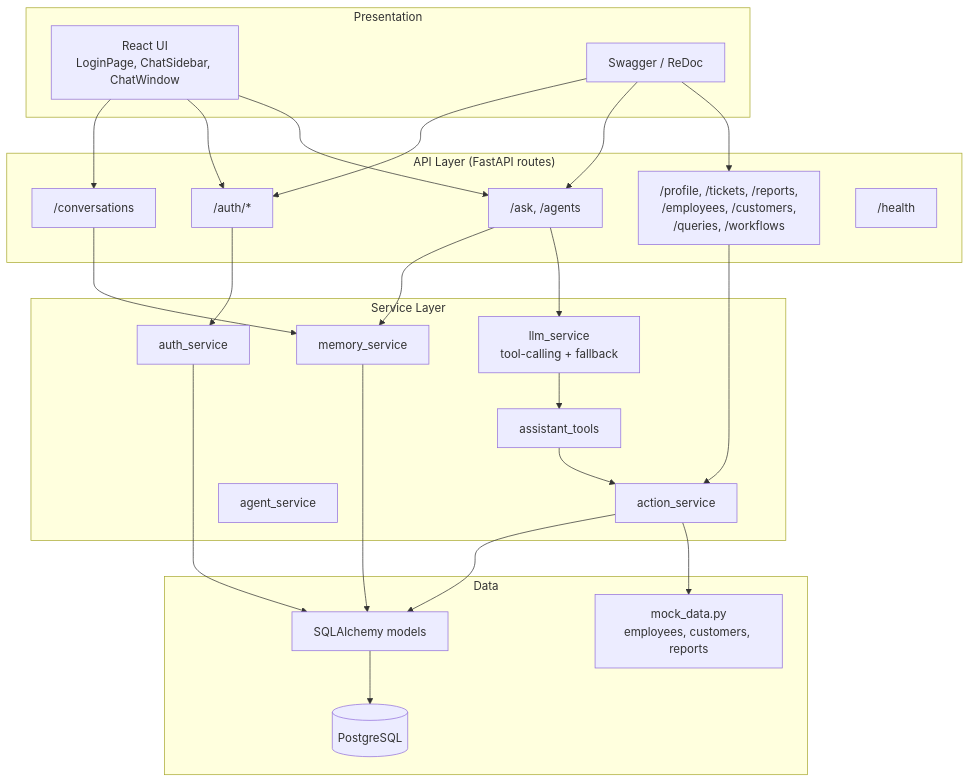
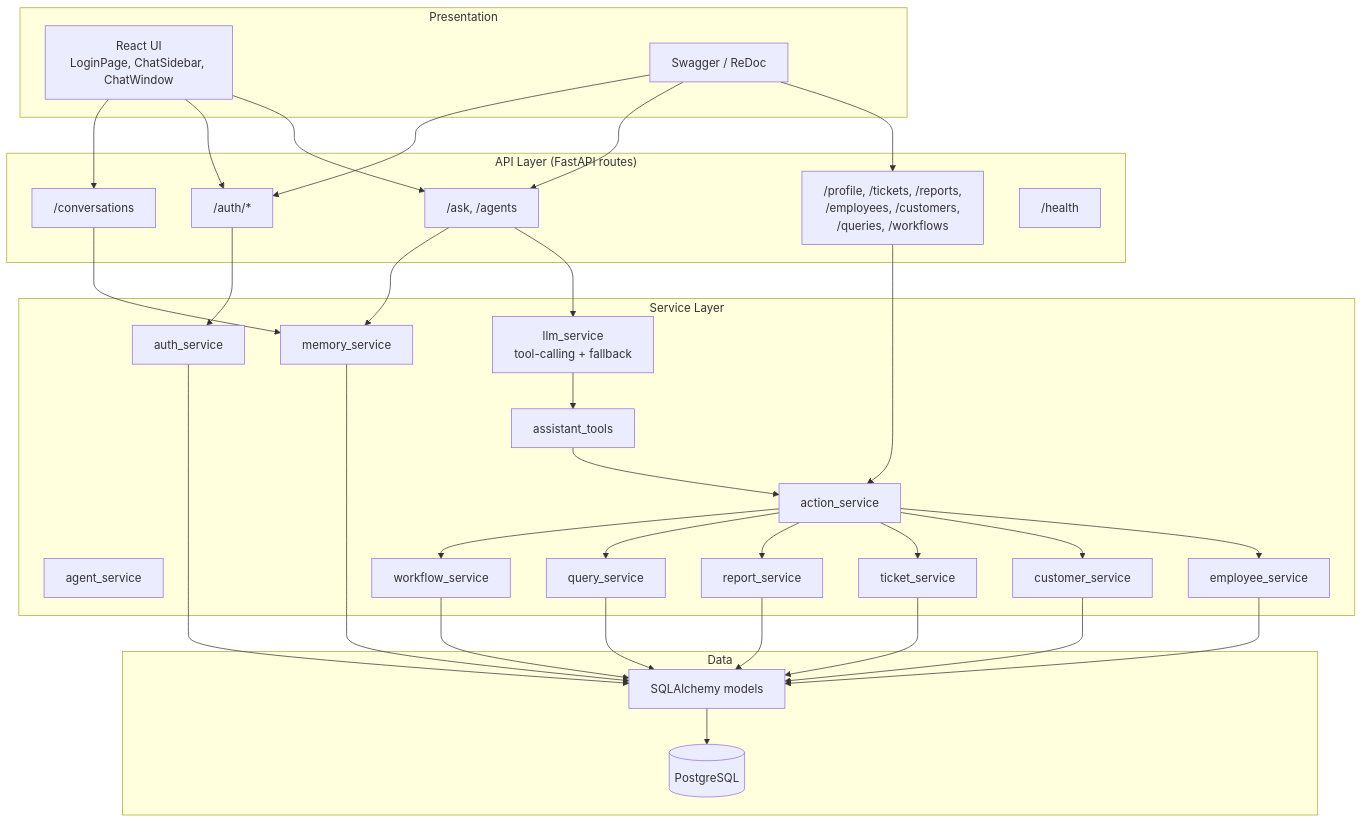
One commit to palash27114/Enterprise_AI_Assistant changed the fourth of 4 diagrams in README.md. Above: the diagram before and after it, drawn with Mermaid. The commit also changed other lines of this file, not shown here.

````diff
--- a/README.md
+++ b/README.md
@@ -128,44 +135,49 @@
 ```mermaid
 flowchart TB
     subgraph Presentation["Presentation"]
         UI["React UI<br/>LoginPage, ChatSidebar, ChatWindow"]
         Swagger["Swagger / ReDoc"]
     end
 
     subgraph API["API Layer (FastAPI routes)"]
         Ask["/ask, /agents"]
         Auth["/auth/*"]
         Conv["/conversations"]
         Ent["/profile, /tickets, /reports,<br/>/employees, /customers,<br/>/queries, /workflows"]
         Health["/health"]
     end
 
     subgraph Services["Service Layer"]
         LLM["llm_service<br/>tool-calling + fallback"]
         Tools["assistant_tools"]
         Actions["action_service"]
         Memory["memory_service"]
         AuthSvc["auth_service"]
         Agents["agent_service"]
+        Emp["employee_service"]
+        Cust["customer_service"]
+        Ticket["ticket_service"]
+        Report["report_service"]
+        Query["query_service"]
+        Workflow["workflow_service"]
     end
 
     subgraph Data["Data"]
         ORM["SQLAlchemy models"]
-        Mock["mock_data.py<br/>employees, customers, reports"]
         PG[("PostgreSQL")]
     end
 
     UI --> Ask & Auth & Conv
     Swagger --> Ent & Ask & Auth
     Ask --> LLM & Memory
     Conv --> Memory
     Auth --> AuthSvc
     Ent --> Actions
     LLM --> Tools
     Tools --> Actions
+    Actions --> Emp & Cust & Ticket & Report & Query & Workflow
     Memory --> ORM
     AuthSvc --> ORM
-    Actions --> Mock
-    Actions --> ORM
+    Emp & Cust & Ticket & Report & Query & Workflow --> ORM
     ORM --> PG
 ```
````
